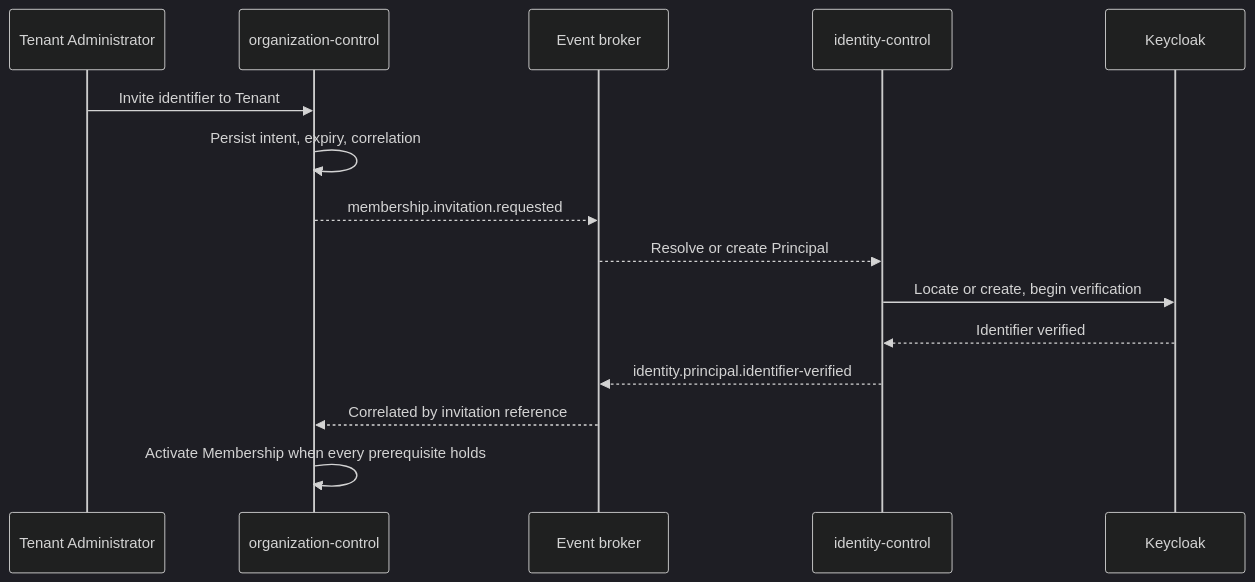
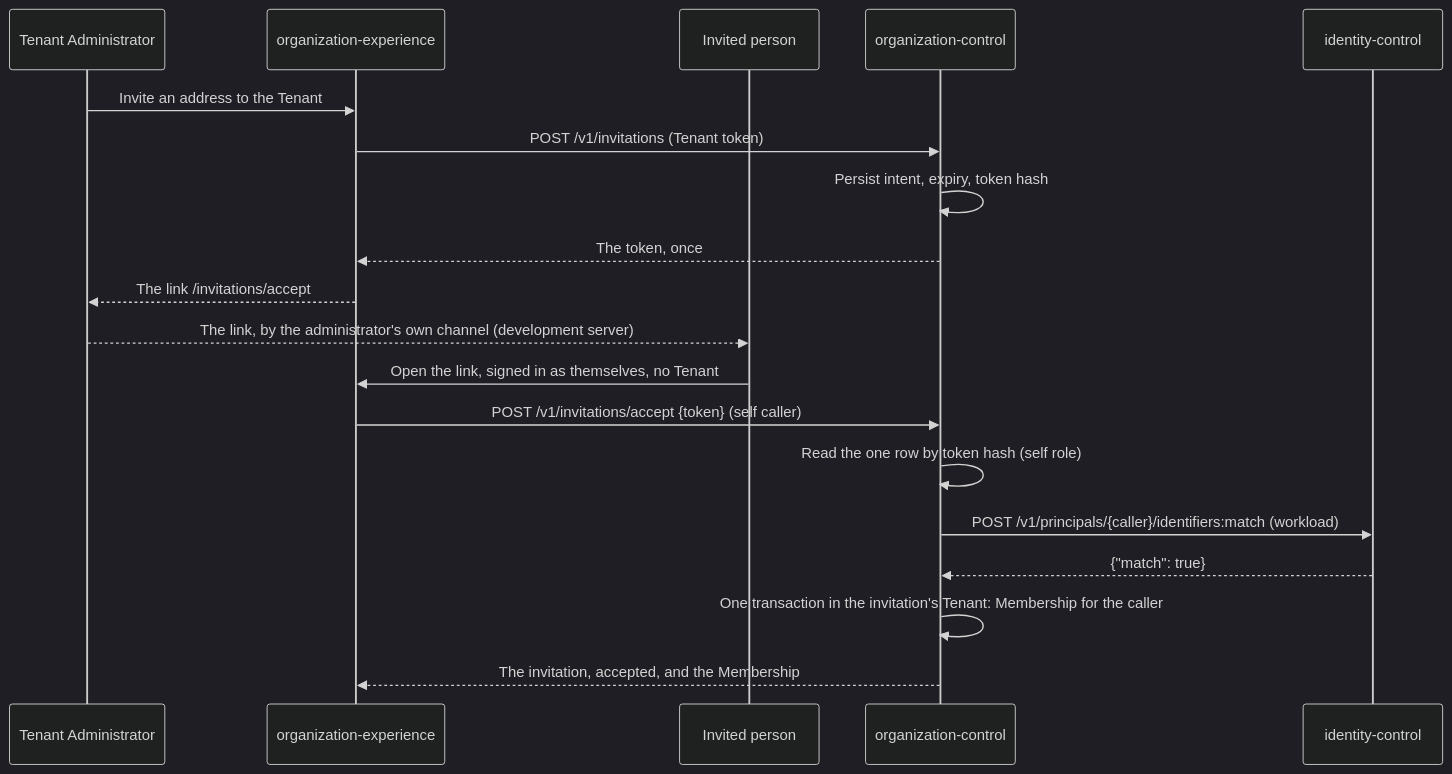
One commit to anshacerbia2/organization-control changed the diagram in docs/designs/TDD-organization-control-004-invitation-and-offboarding.md. Above: the diagram before and after it, drawn with Mermaid (dark theme). The commit also changed other lines of this file and 7 other files, not shown here.

First line of the commit message:
docs: the invited person accepts, signed in as themselves (ADR-ORG-007)

````diff
--- a/docs/designs/TDD-organization-control-004-invitation-and-offboarding.md
+++ b/docs/designs/TDD-organization-control-004-invitation-and-offboarding.md
@@ -82,18 +91,22 @@
 ```mermaid
 sequenceDiagram
     participant A as Tenant Administrator
+    participant E as organization-experience
+    participant P as Invited person
     participant O as organization-control
-    participant B as Event broker
     participant I as identity-control
-    participant K as Keycloak
 
-    A->>O: Invite identifier to Tenant
-    O->>O: Persist intent, expiry, correlation
-    O-->>B: membership.invitation.requested
-    B-->>I: Resolve or create Principal
-    I->>K: Locate or create, begin verification
-    K-->>I: Identifier verified
-    I-->>B: identity.principal.identifier-verified
-    B-->>O: Correlated by invitation reference
-    O->>O: Activate Membership when every prerequisite holds
+    A->>E: Invite an address to the Tenant
+    E->>O: POST /v1/invitations (Tenant token)
+    O->>O: Persist intent, expiry, token hash
+    O-->>E: The token, once
+    E-->>A: The link /invitations/accept#token, once
+    A-->>P: The link, by the administrator's own channel (development server)
+    P->>E: Open the link, signed in as themselves, no Tenant
+    E->>O: POST /v1/invitations/accept {token} (self caller)
+    O->>O: Read the one row by token hash (self role)
+    O->>I: POST /v1/principals/{caller}/identifiers:match (workload)
+    I-->>O: {"match": true}
+    O->>O: One transaction in the invitation's Tenant: Membership for the caller
+    O-->>E: The invitation, accepted, and the Membership
 ```
````
